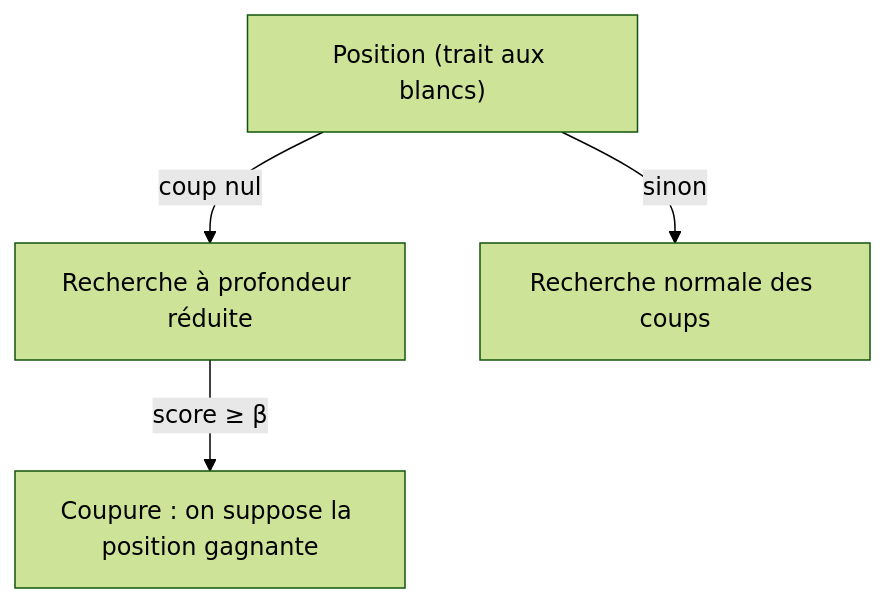
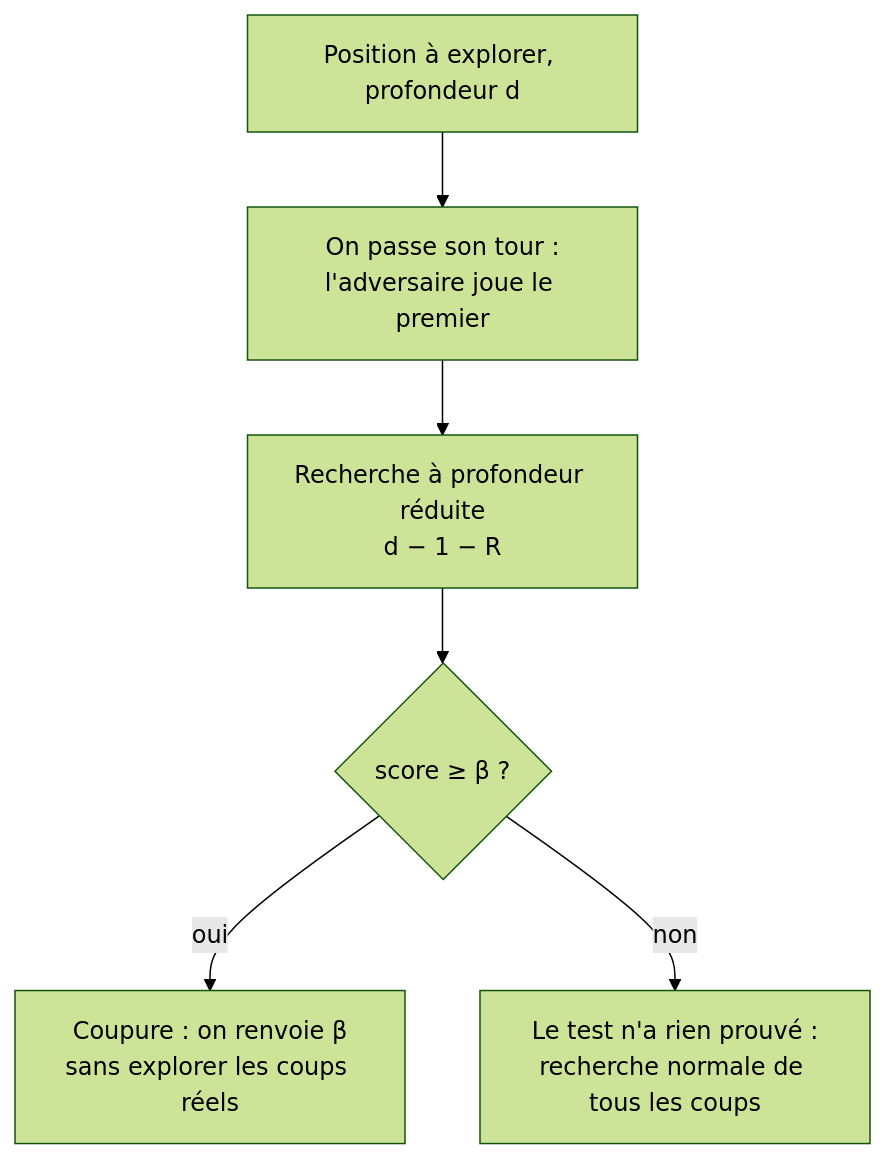
One commit to EmericBraud/emericbraud.github.io changed the first of 2 diagrams in src/posts/4-pruning-avec-perte.md. Above: the diagram before and after it, drawn with Mermaid (forest theme). The commit also changed 9 other files, not shown here.

```diff
--- a/src/posts/4-pruning-avec-perte.md
+++ b/src/posts/4-pruning-avec-perte.md
@@ -34,7 +34,9 @@
 <pre class="mermaid">
 graph TD
-  P0["Position (trait aux blancs)"]
-  P0 -->|"coup nul"| N["Recherche à profondeur réduite"]
-  N -->|"score ≥ β"| C["Coupure : on suppose la position gagnante"]
-  P0 -->|"sinon"| E["Recherche normale des coups"]
+  P0["Position à explorer, profondeur d"]
+  P0 --> NM["On passe son tour :<br/>l'adversaire joue le premier"]
+  NM --> N["Recherche à profondeur réduite<br/>d − 1 − R"]
+  N --> Q{"score ≥ β ?"}
+  Q -->|oui| C["Coupure : on renvoie β<br/>sans explorer les coups réels"]
+  Q -->|non| E["Le test n'a rien prouvé :<br/>recherche normale de tous les coups"]
 </pre>
```
